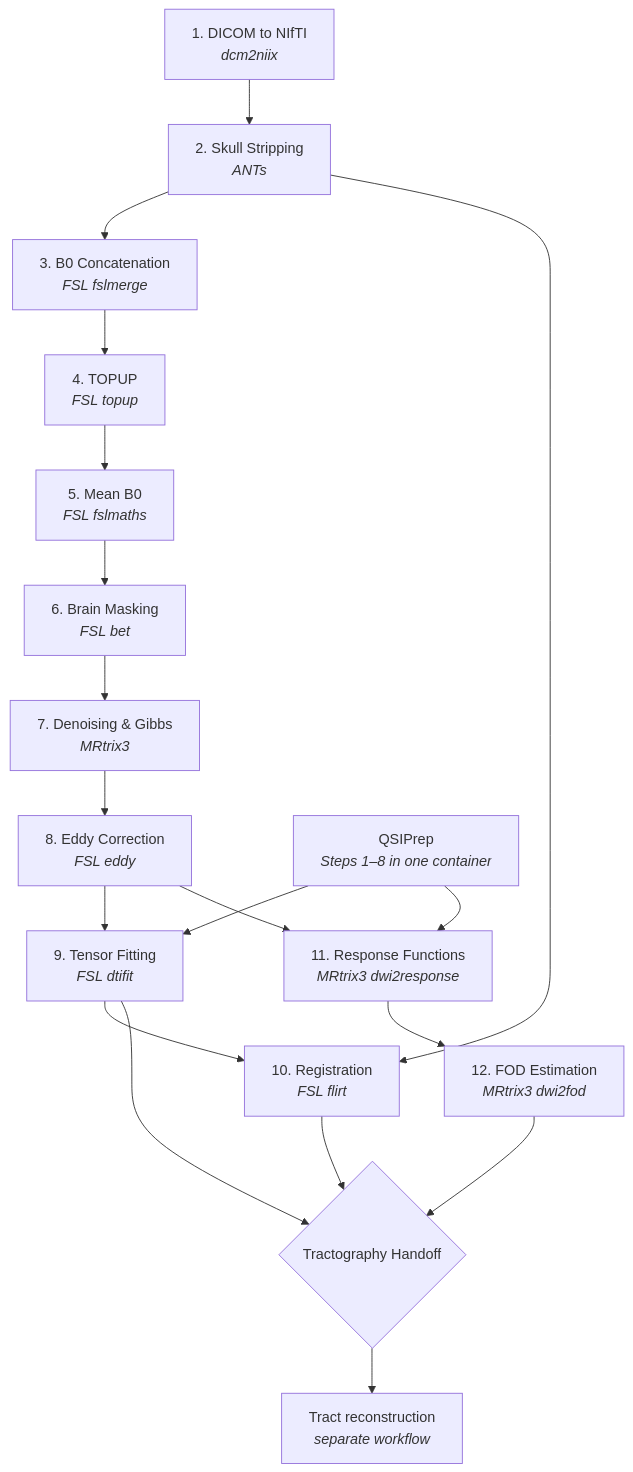
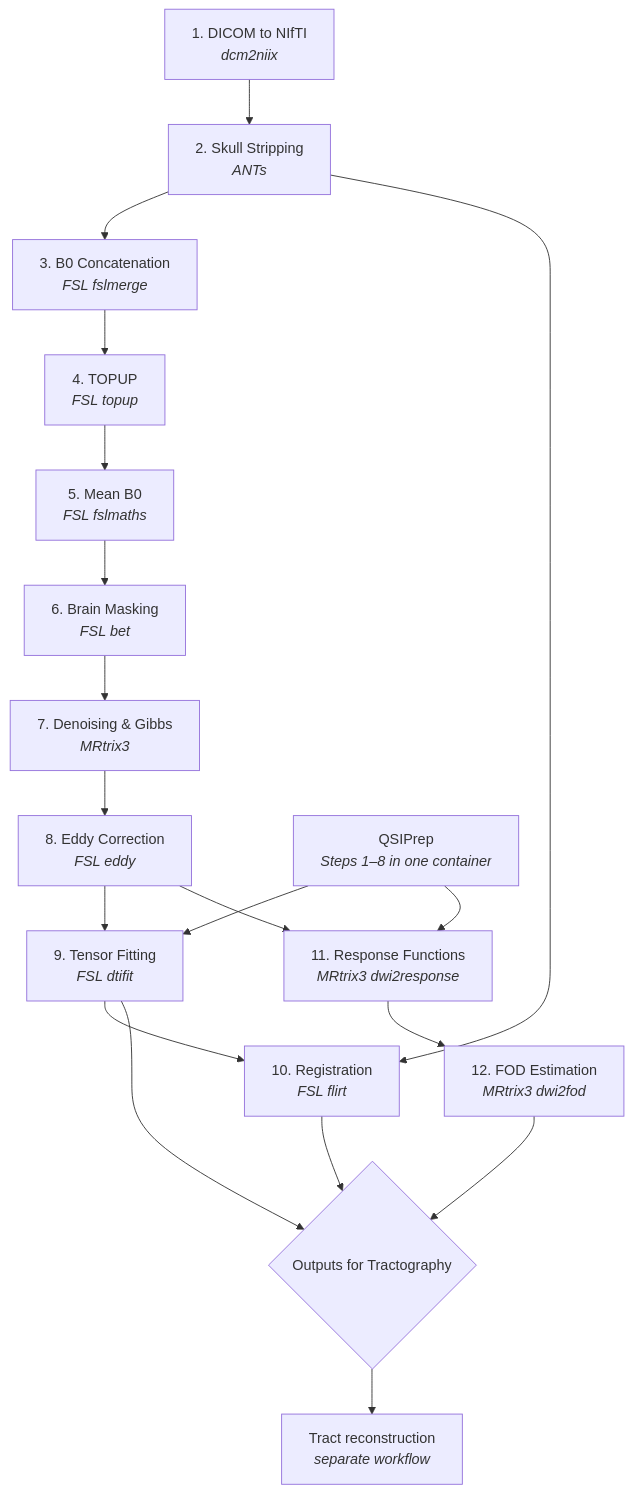
The diagram in docs/pipeline/overview.md (DiffusionTensorImaging-Repos/Diffusion-MRI-Preprocessing), drawn with Mermaid before and after one commit. The commit also changed other lines of this file and 12 other files, not shown here.

````diff
--- a/docs/pipeline/overview.md
+++ b/docs/pipeline/overview.md
@@ -86,22 +86,22 @@
 ```mermaid
 graph TD
     A["1. DICOM to NIfTI<br/><i>dcm2niix</i>"] --> B["2. Skull Stripping<br/><i>ANTs</i>"]
     B --> C["3. B0 Concatenation<br/><i>FSL fslmerge</i>"]
     C --> D["4. TOPUP<br/><i>FSL topup</i>"]
     D --> E["5. Mean B0<br/><i>FSL fslmaths</i>"]
     E --> F["6. Brain Masking<br/><i>FSL bet</i>"]
     F --> G["7. Denoising & Gibbs<br/><i>MRtrix3</i>"]
     G --> H["8. Eddy Correction<br/><i>FSL eddy</i>"]
     Q["QSIPrep<br/><i>Steps 1–8 in one container</i>"]
     Q --> I
     Q --> K
     H --> I["9. Tensor Fitting<br/><i>FSL dtifit</i>"]
     H --> K["11. Response Functions<br/><i>MRtrix3 dwi2response</i>"]
     B --> J["10. Registration<br/><i>FSL flirt</i>"]
     I --> J
     K --> L["12. FOD Estimation<br/><i>MRtrix3 dwi2fod</i>"]
     I --> M
-    J --> M{"Tractography Handoff"}
+    J --> M{"Outputs for Tractography"}
     L --> M
     M --> N["Tract reconstruction<br/><i>separate workflow</i>"]
 ```
````
